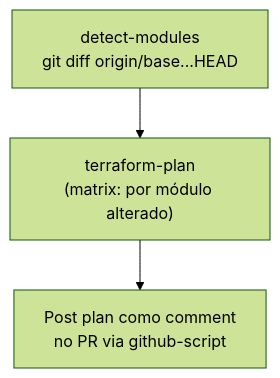
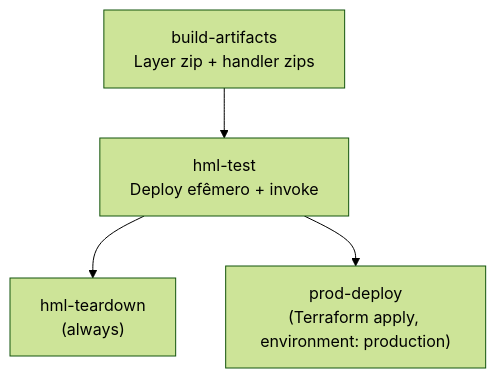
One commit to marcoaureliomenezes/dd_chain_explorer changed the fifth of 7 diagrams in docs/04_data_ops.md. Above: the diagram before and after it, drawn with Mermaid (forest theme). The commit also changed other lines of this file and 8 other files, not shown here.

````diff
--- a/docs/04_data_ops.md
+++ b/docs/04_data_ops.md
@@ -246,5 +224,6 @@
 ```mermaid
 flowchart TD
-    A["detect-modules\ngit diff origin/base...HEAD"] --> B["terraform-plan\n(matrix: por módulo alterado)"]
-    B --> C["Post plan como comment\nno PR via github-script"]
+    A["build-artifacts<br/>Layer zip + handler zips"] --> B["hml-test<br/>Deploy efêmero + invoke"]
+    B --> C["hml-teardown<br/>(always)"]
+    B --> D["prod-deploy<br/>(Terraform apply, environment: production)"]
 ```
````
